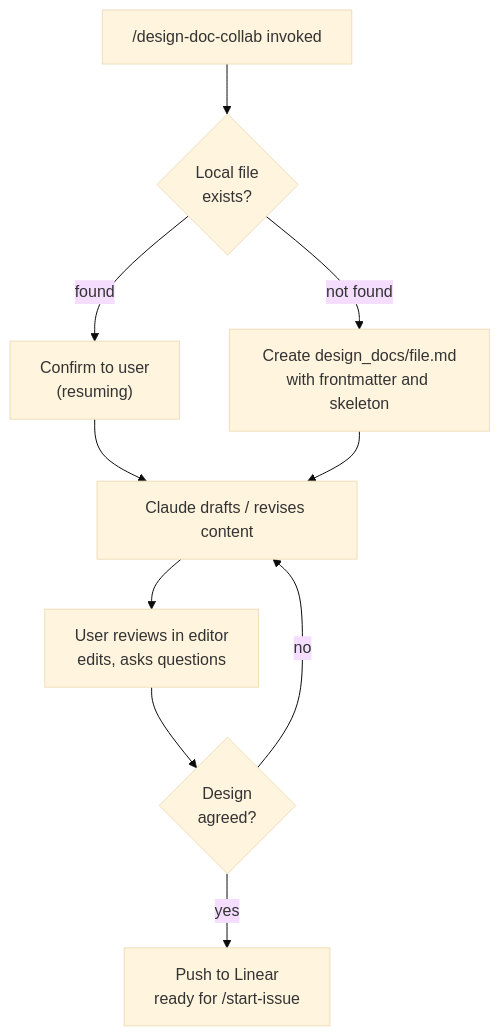
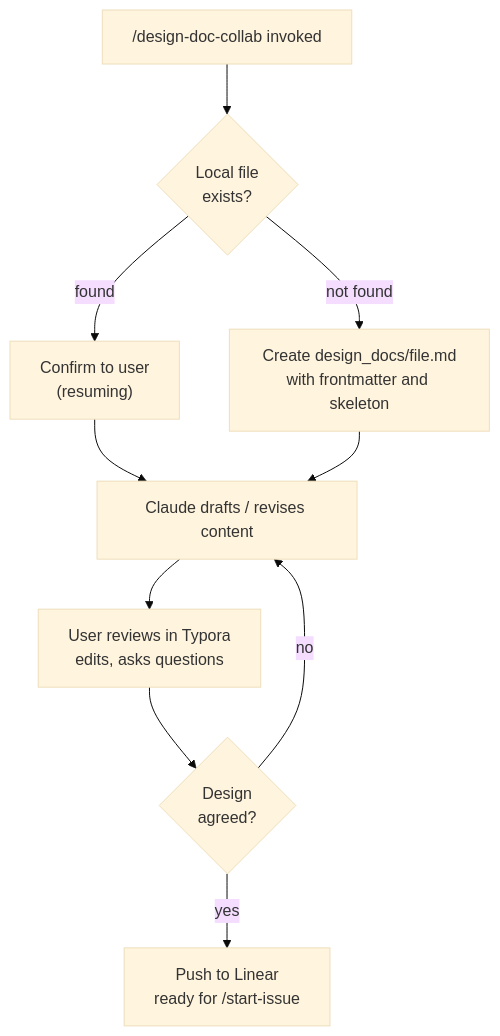
One commit to thirdsunhq/dev-workflow changed the second of 2 diagrams in README.md. Above: the diagram before and after it, drawn with Mermaid (base theme). The commit also changed other lines of this file, not shown here.

Commit message:
docs: add Typora to README prerequisites and design doc section THI-34

````diff
--- a/README.md
+++ b/README.md
@@ -51,12 +52,12 @@
 ```mermaid
 flowchart TD
     A["/design-doc-collab invoked"] --> B{"Local file<br/>exists?"}
     B -->|found| C["Confirm to user<br/>(resuming)"]
     B -->|not found| D["Create design_docs/file.md<br/>with frontmatter and skeleton"]
     C --> E["Claude drafts / revises content"]
     D --> E
-    E --> F["User reviews in editor<br/>edits, asks questions"]
+    E --> F["User reviews in Typora<br/>edits, asks questions"]
     F --> G{"Design<br/>agreed?"}
     G -->|no| E
     G -->|yes| H["Push to Linear<br/>ready for /start-issue"]
 ```
````
